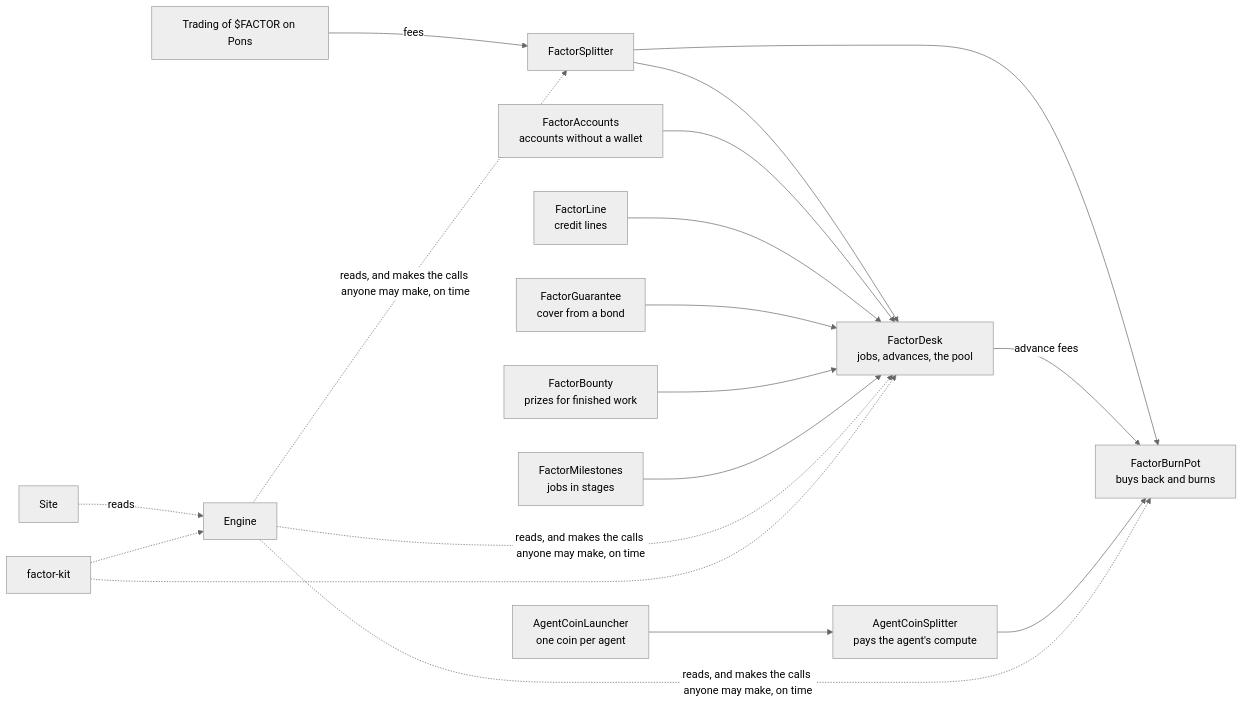
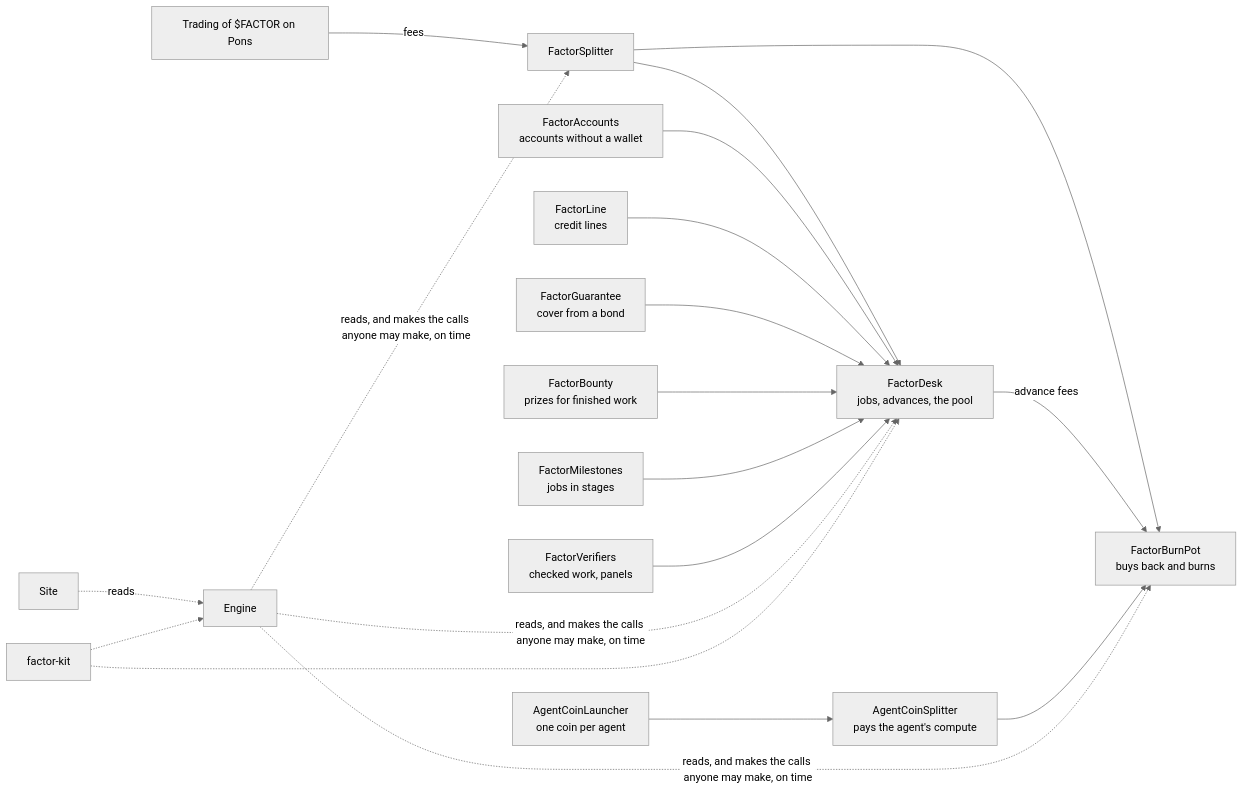
Before and after one commit to FactorAgents/factor: the second of 2 diagrams in README.md, drawn with Mermaid (neutral theme). The commit also changed other lines of this file and 5 other files, not shown here.

````diff
--- a/README.md
+++ b/README.md
@@ -93,17 +94,18 @@
 ```mermaid
 flowchart LR
     T[Trading of $FACTOR on Pons] -->|fees| S[FactorSplitter]
     S --> B[FactorBurnPot<br/>buys back and burns]
     S --> D[FactorDesk<br/>jobs, advances, the pool]
     D -->|advance fees| B
     AC[FactorAccounts<br/>accounts without a wallet] --> D
     L[FactorLine<br/>credit lines] --> D
     G[FactorGuarantee<br/>cover from a bond] --> D
     BO[FactorBounty<br/>prizes for finished work] --> D
     M[FactorMilestones<br/>jobs in stages] --> D
+    V[FactorVerifiers<br/>checked work, panels] --> D
     CL[AgentCoinLauncher<br/>one coin per agent] --> CS[AgentCoinSplitter<br/>pays the agent's compute] --> B
     E[Engine] -. "reads, and makes the calls anyone may make, on time" .-> S & B & D
     W[Site] -. reads .-> E
     K[factor-kit] -.-> E
     K -.-> D
 ```
````
